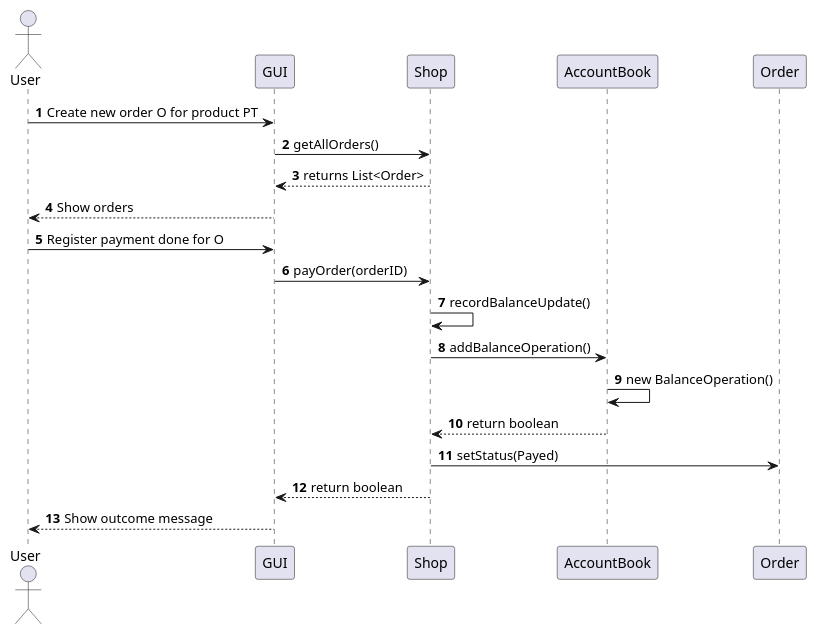
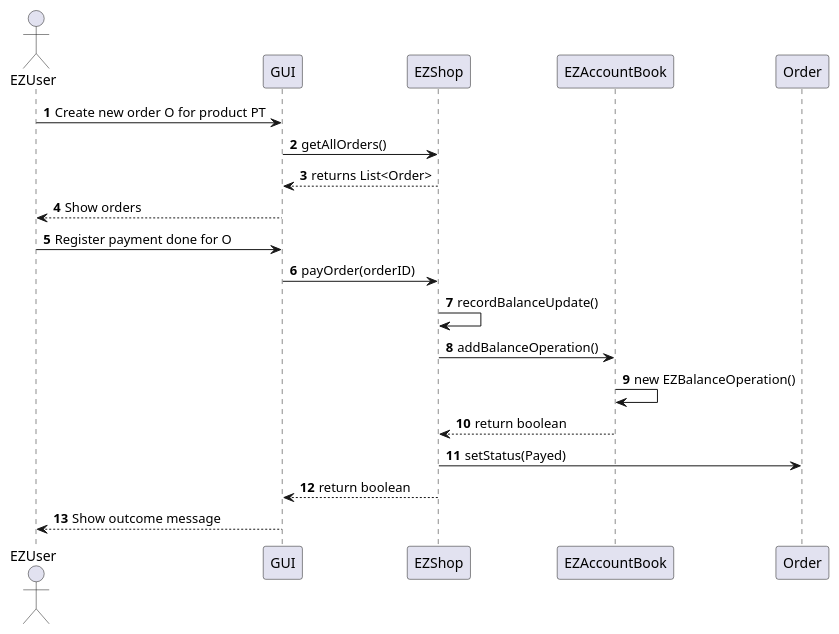
Diagram 11 of 24 in Deliverables/DesignDocument.md (Stormz4/group20-EzShop), drawn with PlantUML before and after one commit. The commit also changed other lines of this file and 3 other files, not shown here.

````diff
--- a/Deliverables/DesignDocument.md
+++ b/Deliverables/DesignDocument.md
@@ -523,19 +520,19 @@
 ```plantuml
 @startuml
-Actor User
+Actor EZUser
 autonumber
-User -> GUI: Create new order O for product PT
-GUI -> Shop: getAllOrders()
-Shop --> GUI: returns List<Order>
-GUI --> User: Show orders
-User -> GUI: Register payment done for O
-GUI -> Shop: payOrder(orderID)
-Shop -> Shop: recordBalanceUpdate()
-Shop -> AccountBook: addBalanceOperation()
-AccountBook -> AccountBook: new BalanceOperation()
-AccountBook --> Shop: return boolean
-Shop -> Order: setStatus(Payed)
-Shop --> GUI: return boolean
-GUI --> User: Show outcome message
+EZUser -> GUI: Create new order O for product PT
+GUI -> EZShop: getAllOrders()
+EZShop --> GUI: returns List<Order>
+GUI --> EZUser: Show orders
+EZUser -> GUI: Register payment done for O
+GUI -> EZShop: payOrder(orderID)
+EZShop -> EZShop: recordBalanceUpdate()
+EZShop -> EZAccountBook: addBalanceOperation()
+EZAccountBook -> EZAccountBook: new EZBalanceOperation()
+EZAccountBook --> EZShop: return boolean
+EZShop -> Order: setStatus(Payed)
+EZShop --> GUI: return boolean
+GUI --> EZUser: Show outcome message
 @enduml
 ```
````
